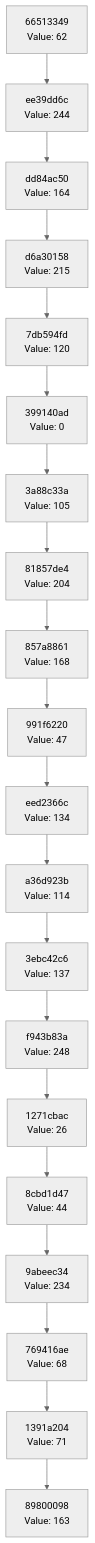
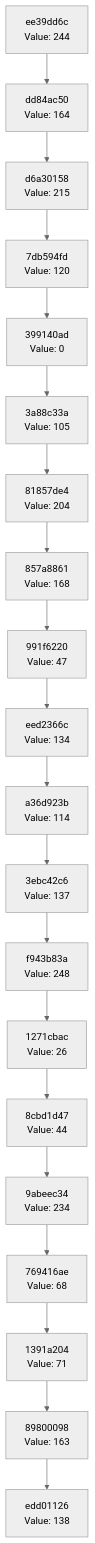
Before and after one commit to Abhisheksinha1506/hash-chain-evolver: the diagram in docs/CHAIN_VISUALIZATION.md, drawn with Mermaid (neutral theme). The commit also changed 3 other files, not shown here.

````diff
--- a/docs/CHAIN_VISUALIZATION.md
+++ b/docs/CHAIN_VISUALIZATION.md
@@ -3,42 +3,42 @@
 ```mermaid
 graph TD
-    C0["89800098<br/>Value: 163"]
-    C1["1391a204<br/>Value: 71"]
+    C0["edd01126<br/>Value: 138"]
+    C1["89800098<br/>Value: 163"]
     C1 --> C0
-    C2["769416ae<br/>Value: 68"]
+    C2["1391a204<br/>Value: 71"]
     C2 --> C1
-    C3["9abeec34<br/>Value: 234"]
+    C3["769416ae<br/>Value: 68"]
     C3 --> C2
-    C4["8cbd1d47<br/>Value: 44"]
+    C4["9abeec34<br/>Value: 234"]
     C4 --> C3
-    C5["1271cbac<br/>Value: 26"]
+    C5["8cbd1d47<br/>Value: 44"]
     C5 --> C4
-    C6["f943b83a<br/>Value: 248"]
+    C6["1271cbac<br/>Value: 26"]
     C6 --> C5
-    C7["3ebc42c6<br/>Value: 137"]
+    C7["f943b83a<br/>Value: 248"]
     C7 --> C6
-    C8["a36d923b<br/>Value: 114"]
+    C8["3ebc42c6<br/>Value: 137"]
     C8 --> C7
-    C9["eed2366c<br/>Value: 134"]
+    C9["a36d923b<br/>Value: 114"]
     C9 --> C8
-    C10["991f6220<br/>Value: 47"]
+    C10["eed2366c<br/>Value: 134"]
     C10 --> C9
-    C11["857a8861<br/>Value: 168"]
+    C11["991f6220<br/>Value: 47"]
     C11 --> C10
-    C12["81857de4<br/>Value: 204"]
+    C12["857a8861<br/>Value: 168"]
     C12 --> C11
-    C13["3a88c33a<br/>Value: 105"]
+    C13["81857de4<br/>Value: 204"]
     C13 --> C12
-    C14["399140ad<br/>Value: 0"]
+    C14["3a88c33a<br/>Value: 105"]
     C14 --> C13
-    C15["7db594fd<br/>Value: 120"]
+    C15["399140ad<br/>Value: 0"]
     C15 --> C14
-    C16["d6a30158<br/>Value: 215"]
+    C16["7db594fd<br/>Value: 120"]
     C16 --> C15
-    C17["dd84ac50<br/>Value: 164"]
+    C17["d6a30158<br/>Value: 215"]
     C17 --> C16
-    C18["ee39dd6c<br/>Value: 244"]
+    C18["dd84ac50<br/>Value: 164"]
     C18 --> C17
-    C19["66513349<br/>Value: 62"]
+    C19["ee39dd6c<br/>Value: 244"]
     C19 --> C18
 ```
````
